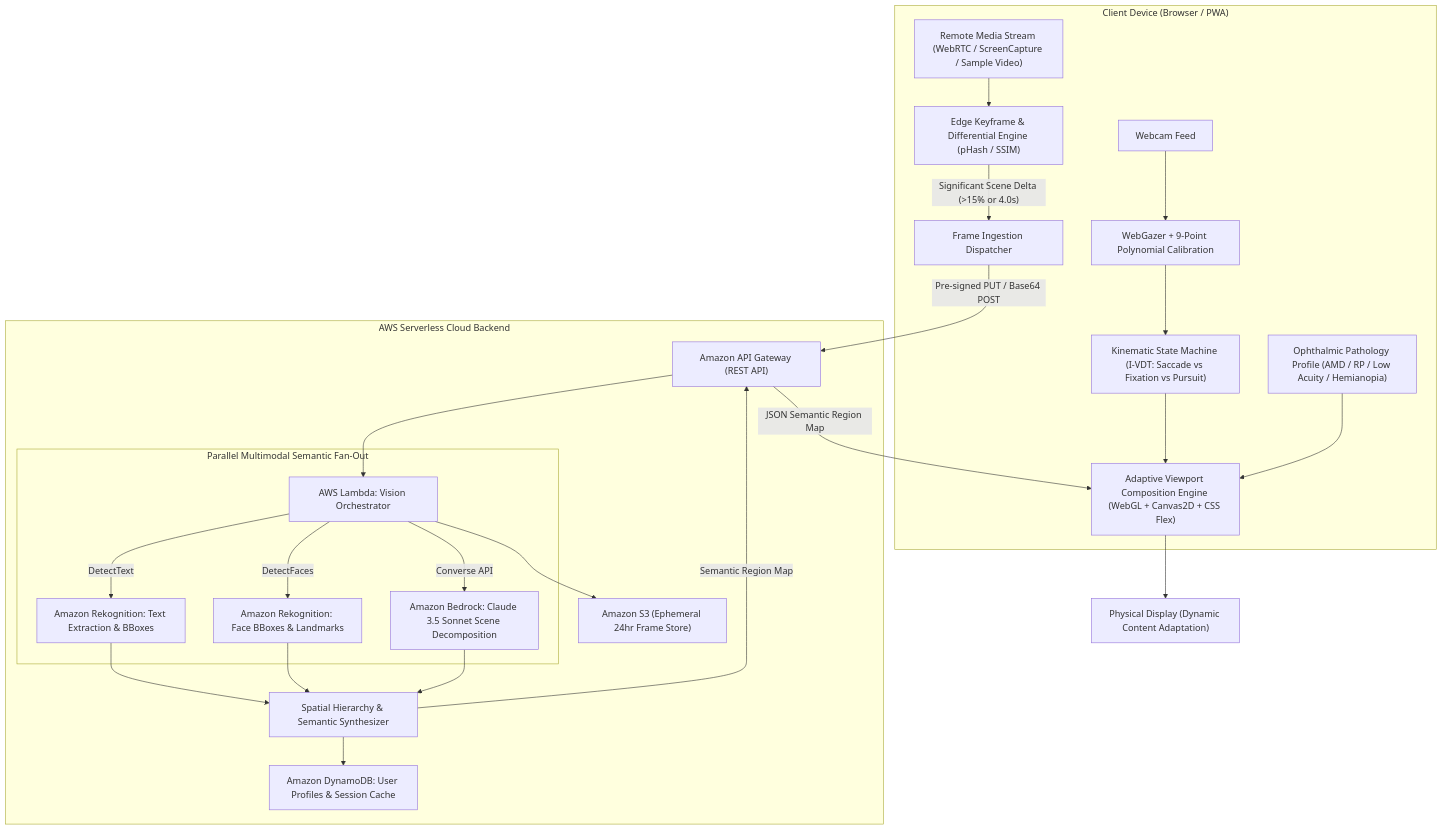
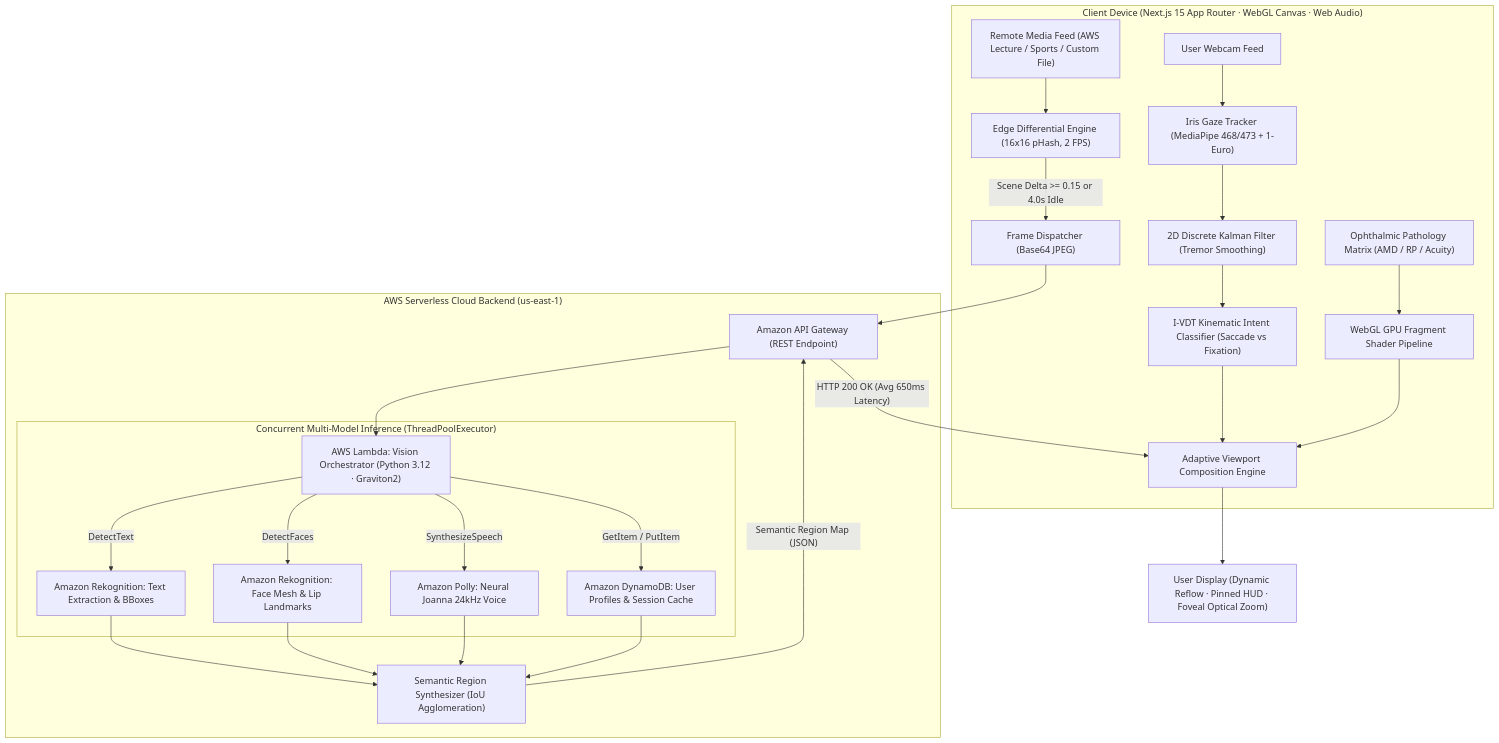
Before and after one commit to Labreo/focalpoint: the first of 2 diagrams in README.md, drawn with Mermaid. The commit also changed other lines of this file and 1 other file, not shown here.

````diff
--- a/README.md
+++ b/README.md
@@ -31,34 +53,33 @@
 ```mermaid
 flowchart TD
-    subgraph Client ["Client Device (Browser / PWA)"]
-        A["Remote Media Stream (WebRTC / ScreenCapture / Sample Video)"] --> B["Edge Keyframe & Differential Engine (pHash / SSIM)"]
-        C["Webcam Feed"] --> D["WebGazer + 9-Point Polynomial Calibration"]
-        D --> E["Kinematic State Machine (I-VDT: Saccade vs Fixation vs Pursuit)"]
-        B -->|"Significant Scene Delta (>15% or 4.0s)"| F["Frame Ingestion Dispatcher"]
-        E --> G["Adaptive Viewport Composition Engine (WebGL + Canvas2D + CSS Flex)"]
-        H["Ophthalmic Pathology Profile (AMD / RP / Low Acuity / Hemianopia)"] --> G
+    subgraph Client ["Client Device (Next.js 15 App Router · WebGL Canvas · Web Audio)"]
+        Stream["Remote Media Feed (AWS Lecture / Sports / Custom File)"] --> DiffEngine["Edge Differential Engine (16x16 pHash, 2 FPS)"]
+        Webcam["User Webcam Feed"] --> IrisTracker["Iris Gaze Tracker (MediaPipe 468/473 + 1-Euro)"]
+        IrisTracker --> Kalman["2D Discrete Kalman Filter (Tremor Smoothing)"]
+        Kalman --> IVDT["I-VDT Kinematic Intent Classifier (Saccade vs Fixation)"]
+        
+        DiffEngine -->|"Scene Delta >= 0.15 or 4.0s Idle"| Dispatcher["Frame Dispatcher (Base64 JPEG)"]
+        
+        IVDT --> Viewport["Adaptive Viewport Composition Engine"]
+        Pathology["Ophthalmic Pathology Matrix (AMD / RP / Acuity)"] --> GPU["WebGL GPU Fragment Shader Pipeline"]
+        GPU --> Viewport
     end
 
-    subgraph AWS_Cloud ["AWS Serverless Cloud Backend"]
-        F -->|"Pre-signed PUT / Base64 POST"| I["Amazon API Gateway (REST API)"]
-        I --> J["AWS Lambda: Vision Orchestrator"]
+    subgraph AWSCloud ["AWS Serverless Cloud Backend (us-east-1)"]
+        Dispatcher --> APIGW["Amazon API Gateway (REST Endpoint)"]
+        APIGW --> Lambda["AWS Lambda: Vision Orchestrator (Python 3.12 · Graviton2)"]
         
-        J --> K["Amazon S3 (Ephemeral 24hr Frame Store)"]
-        
-        subgraph Parallel_Inference ["Parallel Multimodal Semantic Fan-Out"]
-            J -->|"DetectText"| L["Amazon Rekognition: Text Extraction & BBoxes"]
-            J -->|"DetectFaces"| M["Amazon Rekognition: Face BBoxes & Landmarks"]
-            J -->|"Converse API"| N["Amazon Bedrock: Claude 3.5 Sonnet Scene Decomposition"]
+        subgraph ParallelAI ["Concurrent Multi-Model Inference (ThreadPoolExecutor)"]
+            Lambda -->|"DetectText"| RekogText["Amazon Rekognition: Text Extraction & BBoxes"]
+            Lambda -->|"DetectFaces"| RekogFace["Amazon Rekognition: Face Mesh & Lip Landmarks"]
+            Lambda -->|"SynthesizeSpeech"| PollyTTS["Amazon Polly: Neural Joanna 24kHz Voice"]
+            Lambda -->|"GetItem / PutItem"| DynamoDB["Amazon DynamoDB: User Profiles & Session Cache"]
         end
         
-        L --> O["Spatial Hierarchy & Semantic Synthesizer"]
-        M --> O
-        N --> O
-        
-        O --> P["Amazon DynamoDB: User Profiles & Session Cache"]
-        O -->|"Semantic Region Map"| I
+        RekogText & RekogFace & PollyTTS & DynamoDB --> Synthesizer["Semantic Region Synthesizer (IoU Agglomeration)"]
+        Synthesizer -->|"Semantic Region Map (JSON)"| APIGW
     end
 
-    I -->|"JSON Semantic Region Map"| G
-    G --> Q["Physical Display (Dynamic Content Adaptation)"]
+    APIGW -->|"HTTP 200 OK (Avg 650ms Latency)"| Viewport
+    Viewport --> Physical["User Display (Dynamic Reflow · Pinned HUD · Foveal Optical Zoom)"]
 ```
````
